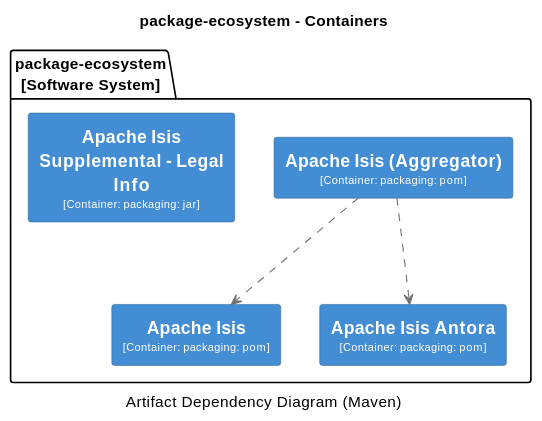
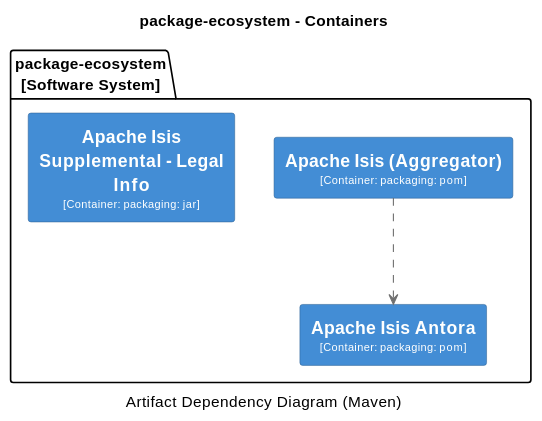
Before and after one commit to apache/causeway: the first of 18 diagrams in antora/components/system/modules/ROOT/pages/about.adoc, drawn with PlantUML. The commit also changed other lines of this file and 1 other file, not shown here.

First line of the commit message:
ISIS-2455: more root pom polishing

```diff
--- a/antora/components/system/modules/ROOT/pages/about.adoc
+++ b/antora/components/system/modules/ROOT/pages/about.adoc
@@ -9,44 +9,37 @@
 [plantuml,Base,svg]
 ----
 @startuml(id=Base)
 title package-ecosystem - Containers
 caption Artifact Dependency Diagram (Maven)
 
 skinparam {
   shadowing false
   arrowFontSize 10
   defaultTextAlignment center
   wrapWidth 200
   maxMessageSize 100
 }
 hide stereotype
 skinparam rectangle<<2>> {
   BackgroundColor #438dd5
   FontColor #fffffe
   BorderColor #2E6295
 }
 skinparam rectangle<<3>> {
   BackgroundColor #438dd5
   FontColor #fffffe
   BorderColor #2E6295
 }
 skinparam rectangle<<4>> {
   BackgroundColor #438dd5
   FontColor #fffffe
   BorderColor #2E6295
 }
-skinparam rectangle<<5>> {
-  BackgroundColor #438dd5
-  FontColor #fffffe
-  BorderColor #2E6295
-}
 package "package-ecosystem\n[Software System]" {
-  rectangle "==Apache Isis\n<size:10>[Container: packaging: pom]</size>" <<4>> as 4
   rectangle "==Apache Isis (Aggregator)\n<size:10>[Container: packaging: pom]</size>" <<2>> as 2
   rectangle "==Apache Isis Antora\n<size:10>[Container: packaging: pom]</size>" <<3>> as 3
-  rectangle "==Apache Isis Supplemental - Legal Info\n<size:10>[Container: packaging: jar]</size>" <<5>> as 5
+  rectangle "==Apache Isis Supplemental - Legal Info\n<size:10>[Container: packaging: jar]</size>" <<4>> as 4
 }
-2 .[#707070].> 4 : ""
 2 .[#707070].> 3 : ""
 @enduml
 ----
```
